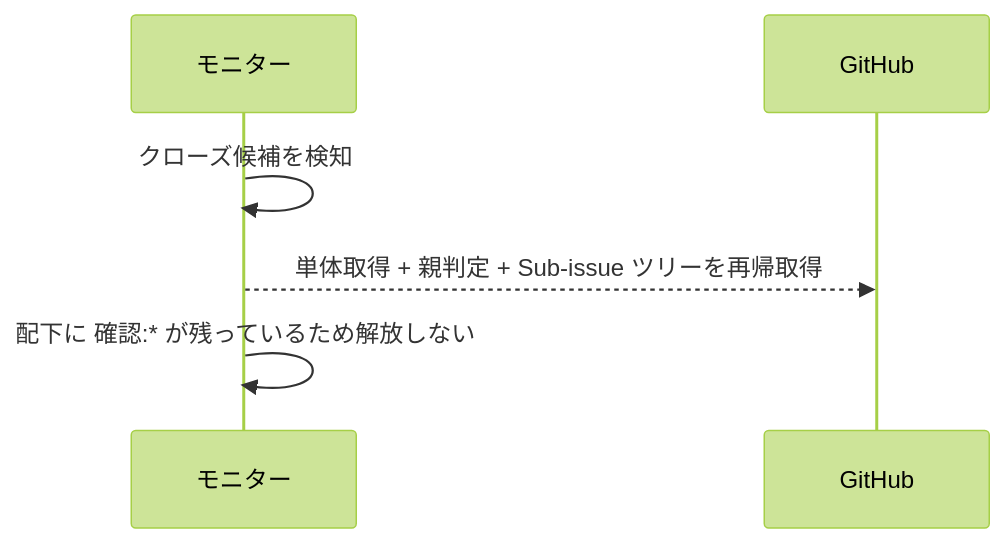
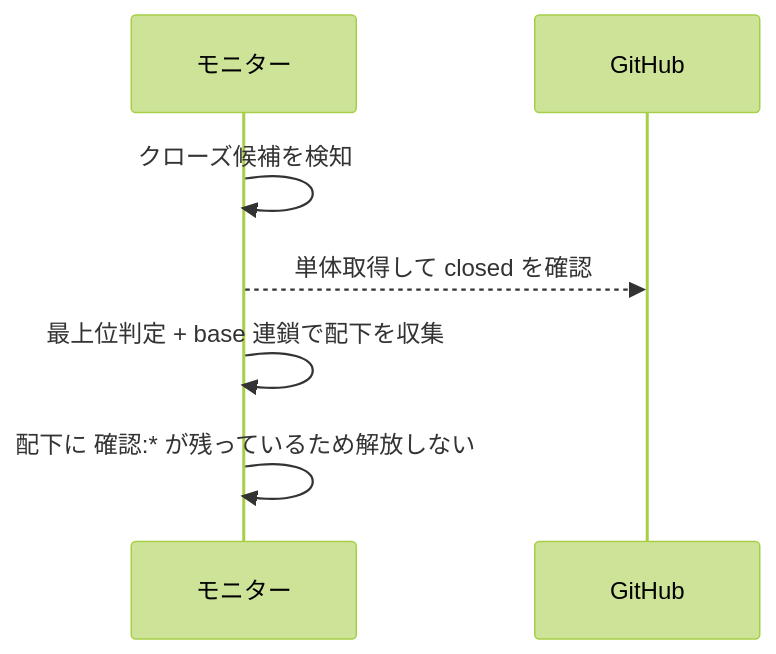
One commit to shuhei1101/ai-monitor changed the sixth of 7 diagrams in docs/wiki/設計図/インターフェース定義/バックエンド/一括解放.py.md. Above: the diagram before and after it, drawn with Mermaid (forest theme). The commit also changed other lines of this file and 256 other files, not shown here.

````diff
--- a/docs/wiki/設計図/インターフェース定義/バックエンド/一括解放.py.md
+++ b/docs/wiki/設計図/インターフェース定義/バックエンド/一括解放.py.md
@@ -207,9 +205,10 @@
 ```mermaid
 sequenceDiagram
   participant MON as モニター
   participant GH as GitHub
 
   MON->>MON: クローズ候補を検知
-  MON-->>GH: 単体取得 + 親判定 + Sub-issue ツリーを再帰取得
+  MON-->>GH: 単体取得して closed を確認
+  MON->>MON: 最上位判定 + base 連鎖で配下を収集
   MON->>MON: 配下に 確認:* が残っているため解放しない
 ```
````
